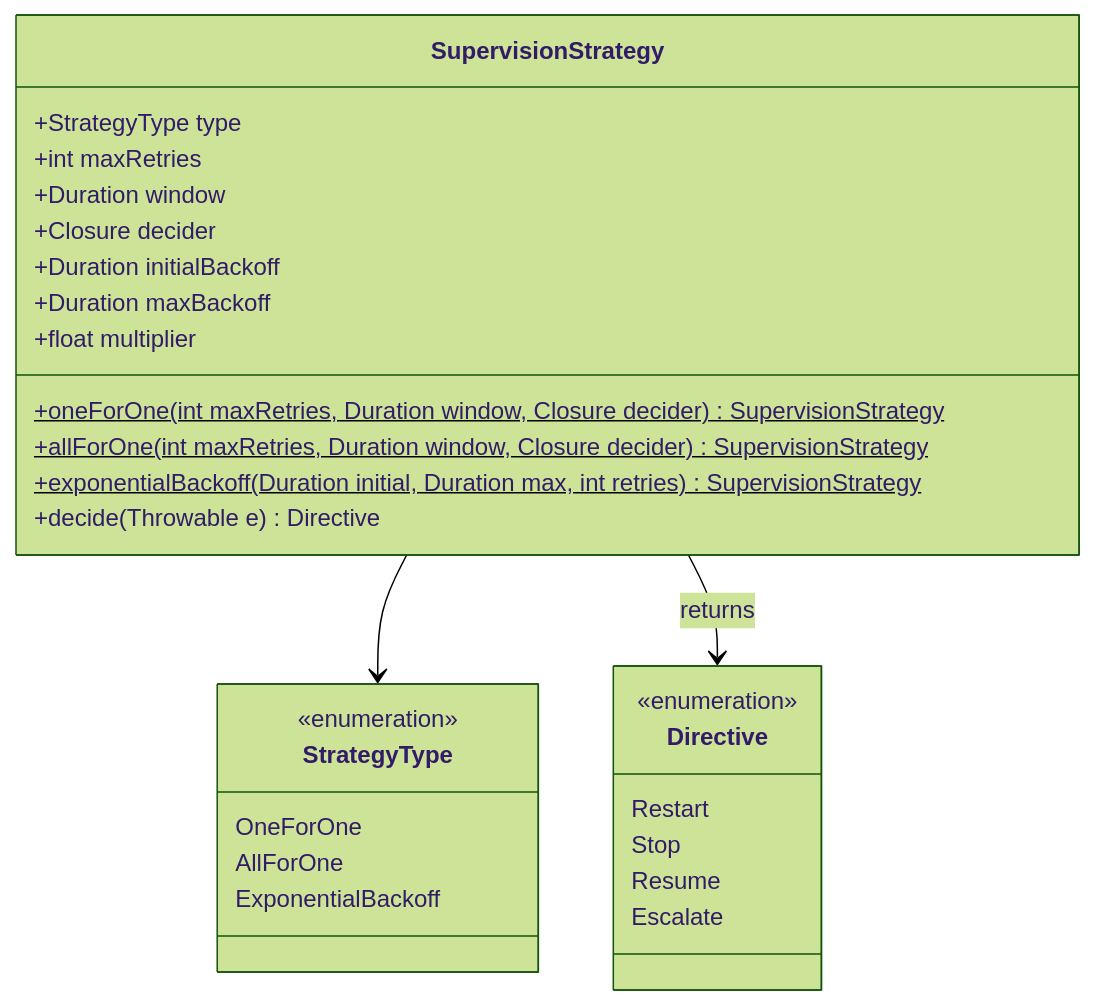
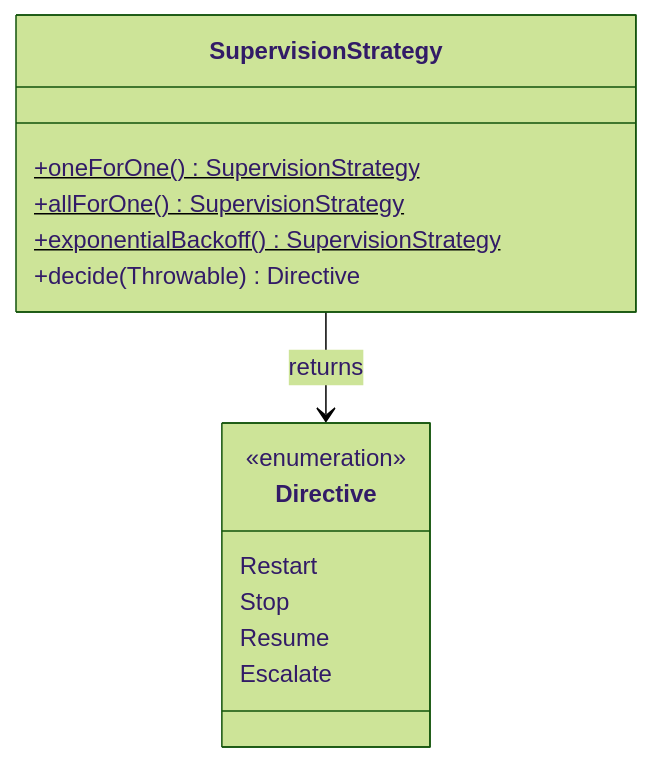
Before and after one commit to nexus-actors/nexus: the second of 2 diagrams in website/docs/core-concepts/supervision.md, drawn with Mermaid (forest theme). The commit also changed other lines of this file and 19 other files, not shown here.

First line of the commit message:
refactor: simplify diagrams, remove benchmark viz, use Swoole 6.2.0-rc1

````diff
--- a/website/docs/core-concepts/supervision.md
+++ b/website/docs/core-concepts/supervision.md
@@ -50,34 +45,19 @@
 ```mermaid
 classDiagram
     class SupervisionStrategy {
-        +StrategyType type
-        +int maxRetries
-        +Duration window
-        +Closure decider
-        +Duration initialBackoff
-        +Duration maxBackoff
-        +float multiplier
-        +oneForOne(int maxRetries, Duration window, Closure decider)$ SupervisionStrategy
-        +allForOne(int maxRetries, Duration window, Closure decider)$ SupervisionStrategy
-        +exponentialBackoff(Duration initial, Duration max, int retries)$ SupervisionStrategy
-        +decide(Throwable e) Directive
-    }
-
-    class StrategyType {
-        <<enumeration>>
-        OneForOne
-        AllForOne
-        ExponentialBackoff
+        +oneForOne()$ SupervisionStrategy
+        +allForOne()$ SupervisionStrategy
+        +exponentialBackoff()$ SupervisionStrategy
+        +decide(Throwable) Directive
     }
 
     class Directive {
         <<enumeration>>
         Restart
         Stop
         Resume
         Escalate
     }
 
-    SupervisionStrategy --> StrategyType
     SupervisionStrategy --> Directive : returns
 ```
````
